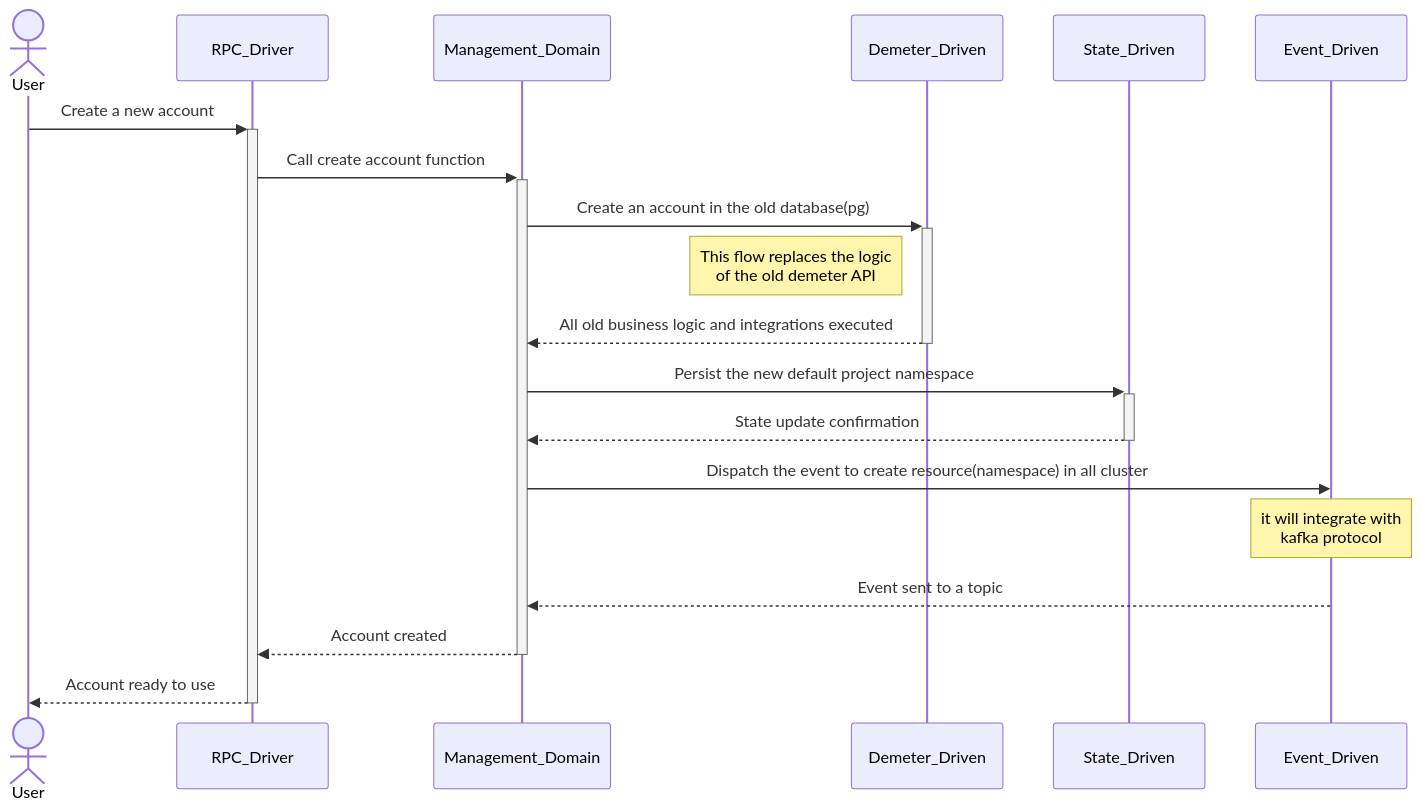
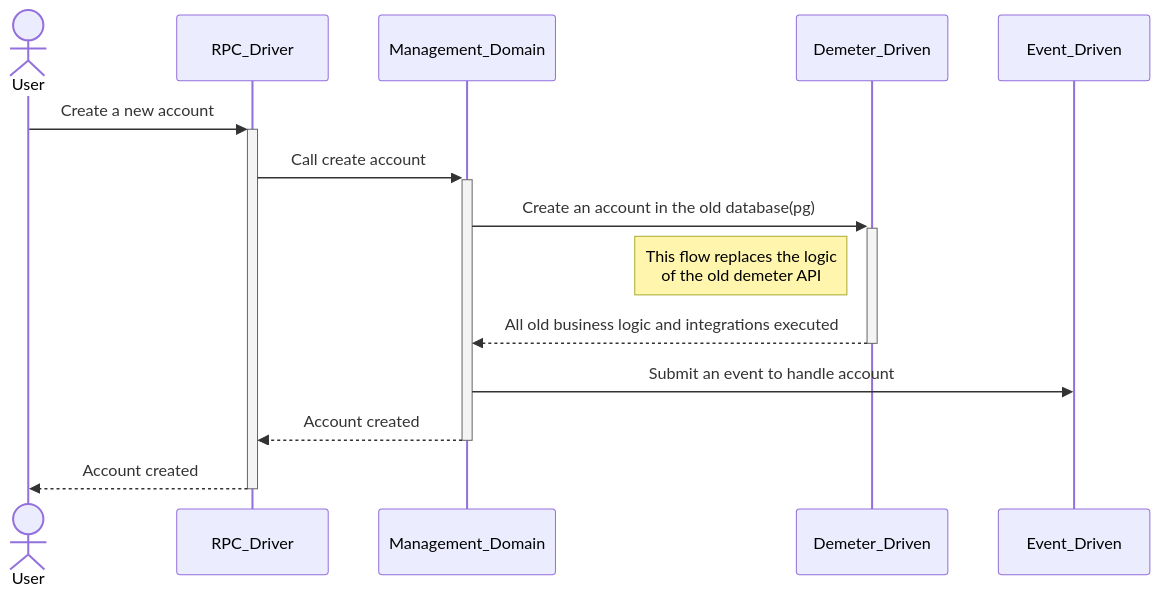
Before and after one commit to demeter-run/fabric: the first of 7 diagrams in diagrams/sequence.md, drawn with Mermaid. The commit also changed other lines of this file, not shown here.

Commit message:
chore(diagrams): updated account creation flow

````diff
--- a/diagrams/sequence.md
+++ b/diagrams/sequence.md
@@ -9,20 +13,16 @@
 ```mermaid
 sequenceDiagram
     actor User
+
     User->>+RPC_Driver: Create a new account
-    RPC_Driver->>+Management_Domain: Call create account function
+    RPC_Driver->>+Management_Domain: Call create account
 
     Management_Domain->>+Demeter_Driven: Create an account in the old database(pg)
     Note left of Demeter_Driven: This flow replaces the logic <br/> of the old demeter API
     Demeter_Driven-->>-Management_Domain: All old business logic and integrations executed
 
-    Management_Domain->>+State_Driven: Persist the new default project namespace
-    State_Driven-->>-Management_Domain: State update confirmation
-
-    Management_Domain->>Event_Driven: Dispatch the event to create resource(namespace) in all cluster
-    Note over Event_Driven: it will integrate with <br/> kafka protocol
-    Event_Driven-->>Management_Domain: Event sent to a topic
-
+    Management_Domain->>Event_Driven: Submit an event to handle account
+    
     Management_Domain-->>-RPC_Driver: Account created
-    RPC_Driver-->>-User: Account ready to use
+    RPC_Driver-->>-User: Account created
 ```
````
